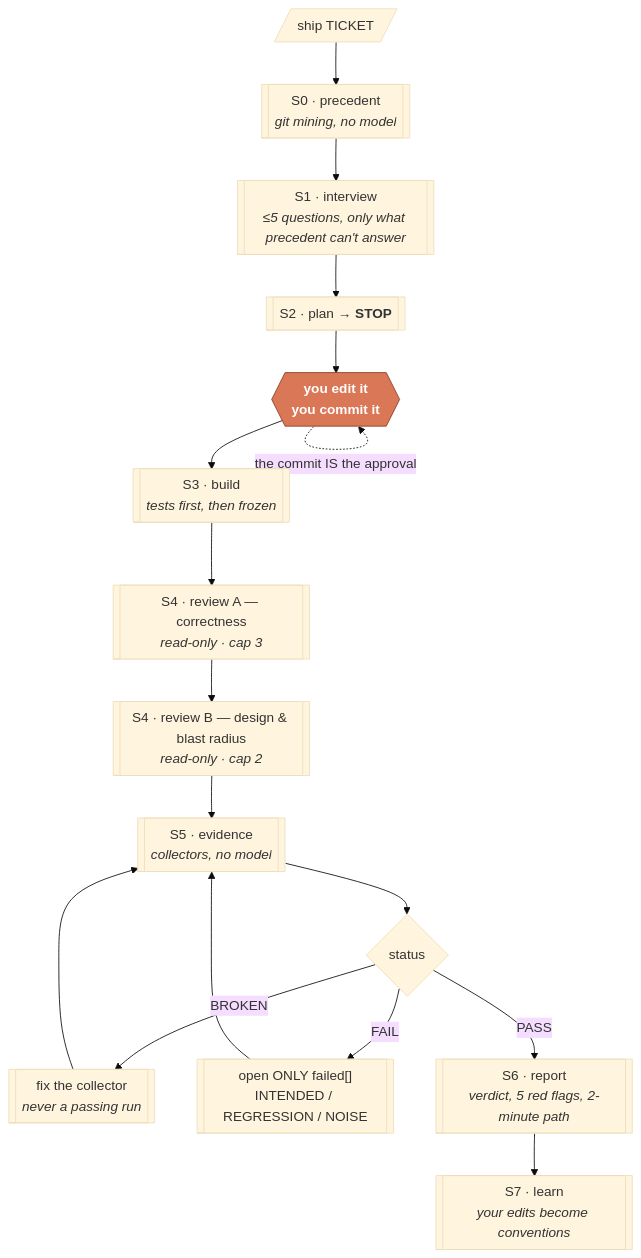
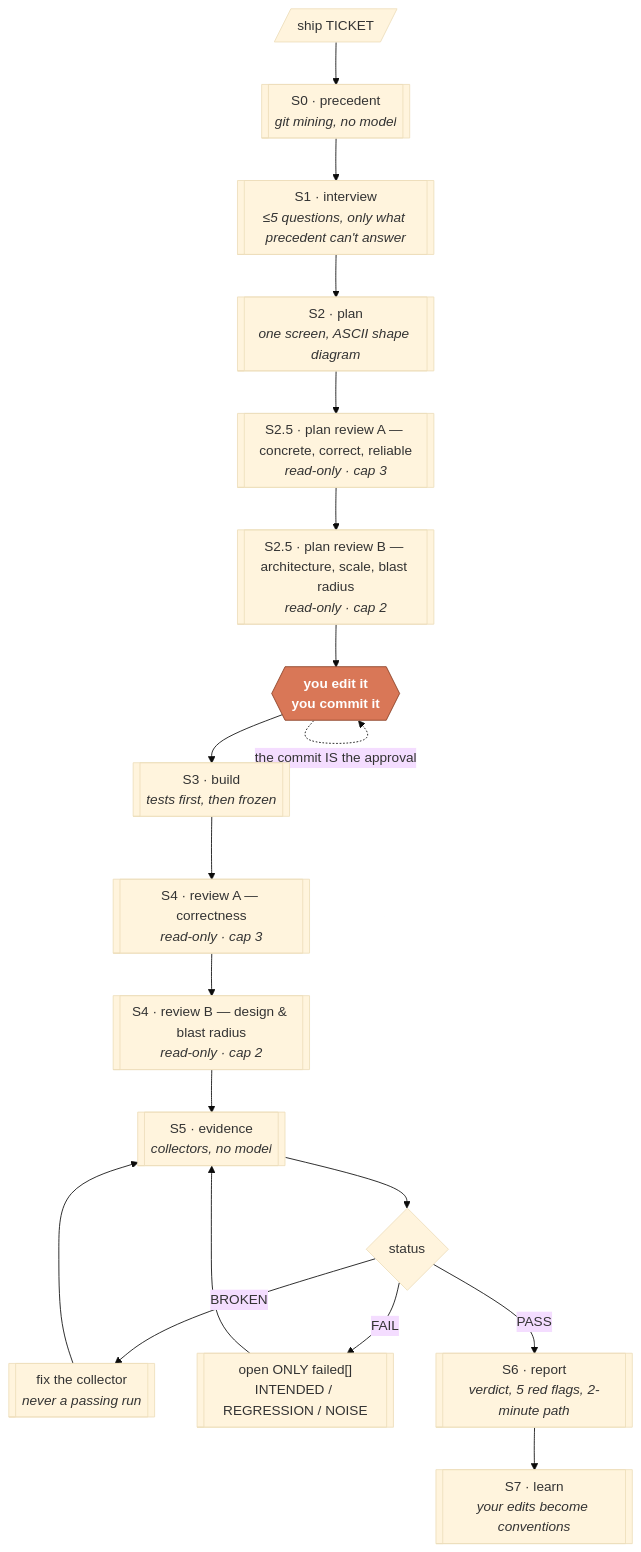
The diagram in README.md (aryanmehrotra/ship-harness), drawn with Mermaid (base theme) before and after one commit. The commit also changed other lines of this file and 15 other files, not shown here.

````diff
--- a/README.md
+++ b/README.md
@@ -41,23 +41,25 @@
 ```mermaid
 flowchart TD
     A[/ship TICKET/] --> S0
     S0[["S0 · precedent<br/><i>git mining, no model</i>"]] --> S1
     S1[["S1 · interview<br/><i>≤5 questions, only what precedent can't answer</i>"]] --> S2
-    S2[["S2 · plan → <b>STOP</b>"]] --> GATE
+    S2[["S2 · plan<br/><i>one screen, ASCII shape diagram</i>"]] --> S25A
+    S25A[["S2.5 · plan review A — concrete, correct, reliable<br/><i>read-only · cap 3</i>"]] --> S25B
+    S25B[["S2.5 · plan review B — architecture, scale, blast radius<br/><i>read-only · cap 2</i>"]] --> GATE
 
     GATE{{"you edit it<br/>you commit it"}}:::gate --> S3
     GATE -. "the commit IS the approval" .-> GATE
 
     S3[["S3 · build<br/><i>tests first, then frozen</i>"]] --> S4
     S4[["S4 · review A — correctness<br/><i>read-only · cap 3</i>"]] --> S4B
     S4B[["S4 · review B — design & blast radius<br/><i>read-only · cap 2</i>"]] --> S5
     S5[["S5 · evidence<br/><i>collectors, no model</i>"]] --> D
     D{status}
     D -- BROKEN --> F[["fix the collector<br/><i>never a passing run</i>"]] --> S5
     D -- FAIL --> G[["open ONLY failed[]<br/>INTENDED / REGRESSION / NOISE"]] --> S5
     D -- PASS --> S6
     S6[["S6 · report<br/><i>verdict, 5 red flags, 2-minute path</i>"]] --> S7
     S7[["S7 · learn<br/><i>your edits become conventions</i>"]]
 
     classDef gate fill:#d97757,stroke:#8a3f24,color:#fff,font-weight:bold
 ```
````
